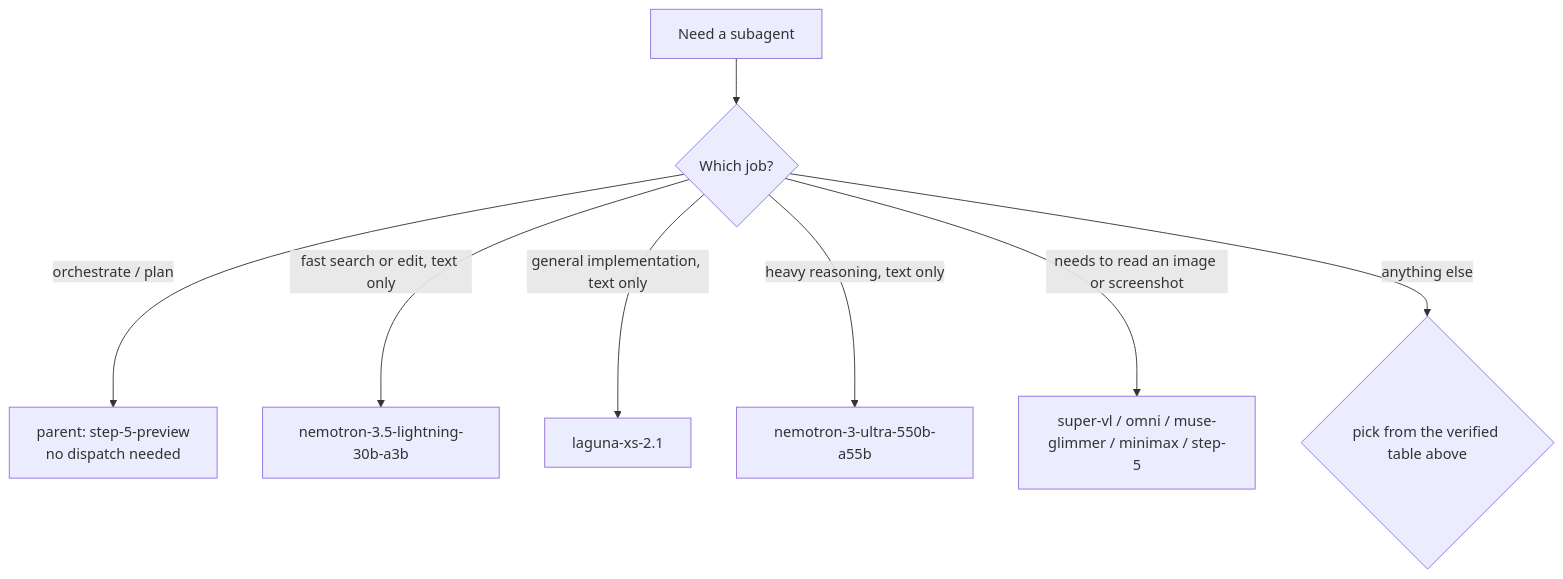
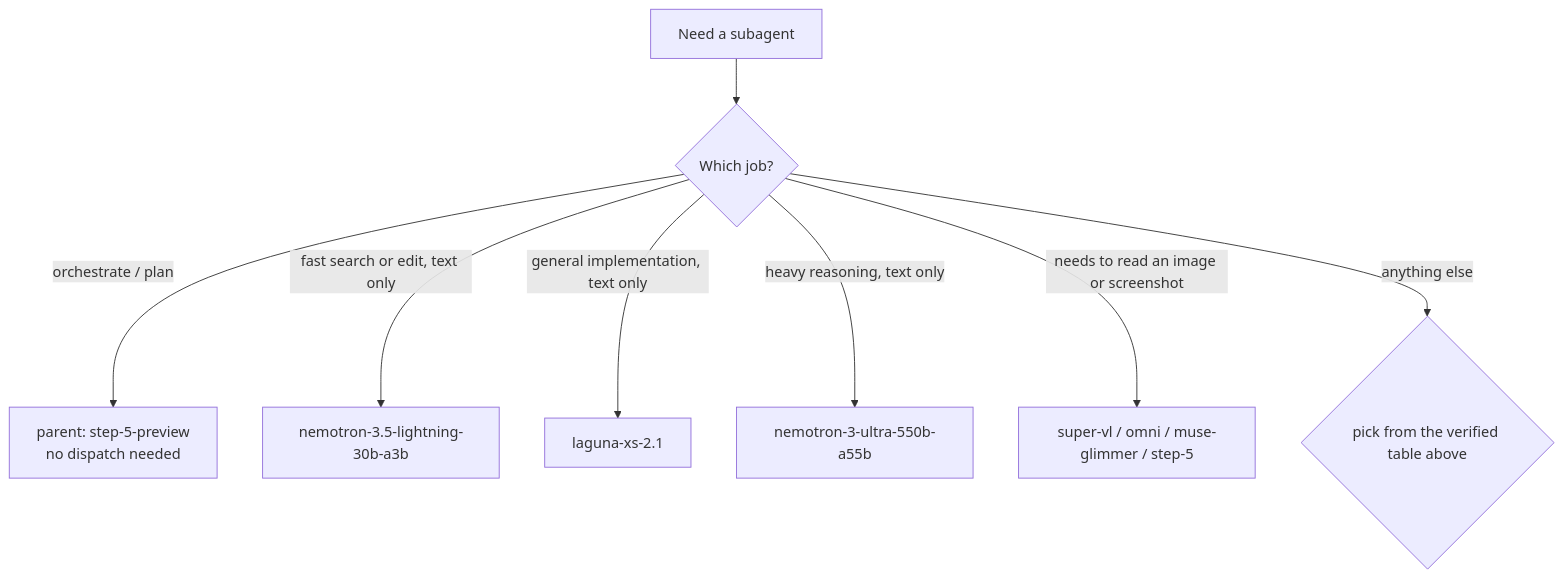
Before and after one commit to Doc-Scripter/Doc-Scripter.github.io: the diagram in memory.md, drawn with Mermaid.

Commit message:
chore: sync the task panel and drop the unreliable model from the guide

````diff
--- a/memory.md
+++ b/memory.md
@@ -58,10 +58,10 @@
 ```mermaid
 flowchart TD
     A[Need a subagent] --> B{Which job?}
     B -->|orchestrate / plan| C[parent: step-5-preview<br/>no dispatch needed]
     B -->|fast search or edit, text only| D[nemotron-3.5-lightning-30b-a3b]
     B -->|general implementation, text only| E[laguna-xs-2.1]
     B -->|heavy reasoning, text only| F[nemotron-3-ultra-550b-a55b]
-    B -->|needs to read an image or screenshot| G[super-vl / omni / muse-glimmer / minimax / step-5]
+    B -->|needs to read an image or screenshot| G[super-vl / omni / muse-glimmer / step-5]
     B -->|anything else| H{pick from the verified table above}
 ```
````
